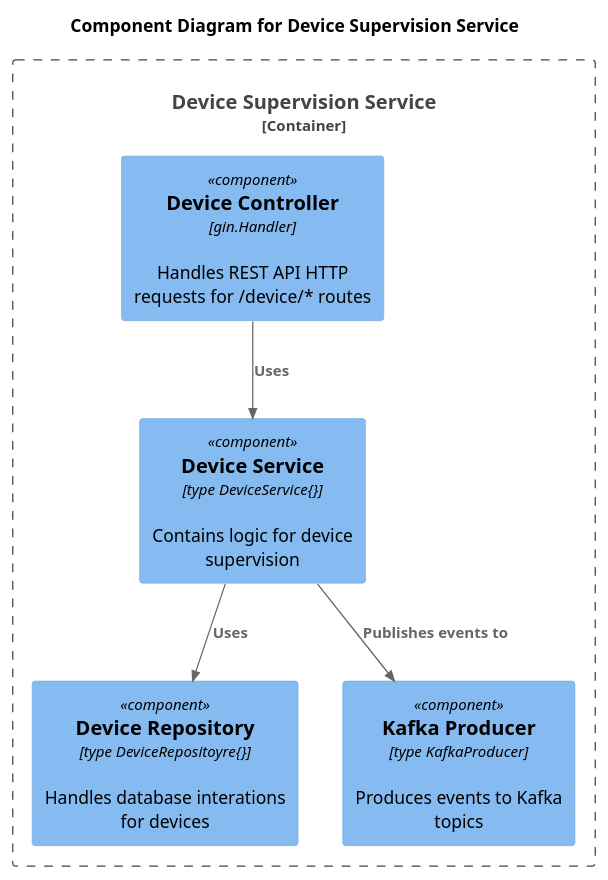
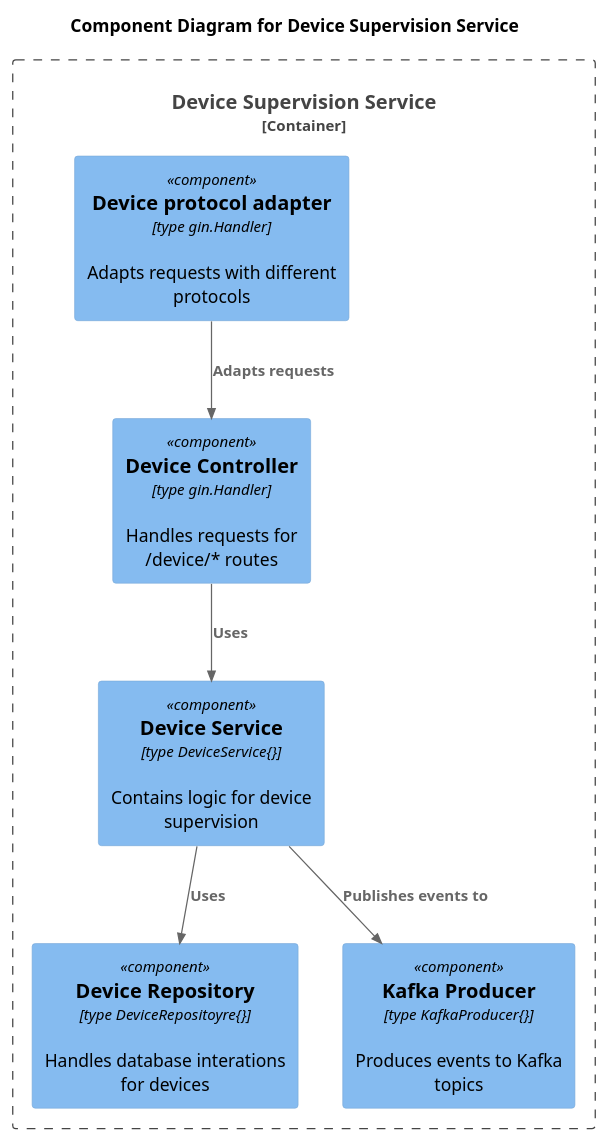
The diagram in diagramms/c4.component.wsd (lavandosovich/yaa3), drawn with PlantUML before and after one commit. The commit also changed 6 other files, not shown here.

```diff
--- a/diagramms/c4.component.wsd
+++ b/diagramms/c4.component.wsd
@@ -1,17 +1,19 @@
 @startuml
 !include https://raw.githubusercontent.com/plantuml-stdlib/C4-PlantUML/master/C4_Component.puml
 
 title Component Diagram for Device Supervision Service
 
 Container_Boundary(deviceSupervisionService, "Device Supervision Service") {
-    Component(deviceController, "Device Controller", "gin.Handler", "Handles REST API HTTP requests for /device/* routes")
+    Component(deviceProtocolAdapter, "Device protocol adapter", "type gin.Handler", "Adapts requests with different protocols")
+    Component(deviceController, "Device Controller", "type gin.Handler", "Handles requests for /device/* routes")
     Component(deviceService, "Device Service", "type DeviceService{}", "Contains logic for device supervision")
     Component(deviceRepository, "Device Repository", "type DeviceRepositoyre{}", "Handles database interations for devices")
-    Component(kafkaProducer, "Kafka Producer", "type KafkaProducer", "Produces events to Kafka topics")
+    Component(kafkaProducer, "Kafka Producer", "type KafkaProducer{}", "Produces events to Kafka topics")
 }
 
+Rel(deviceProtocolAdapter, deviceController, "Adapts requests")
 Rel(deviceController, deviceService, "Uses")
 Rel(deviceService, deviceRepository, "Uses")
 Rel(deviceService, kafkaProducer, "Publishes events to")
 
 @enduml
```
